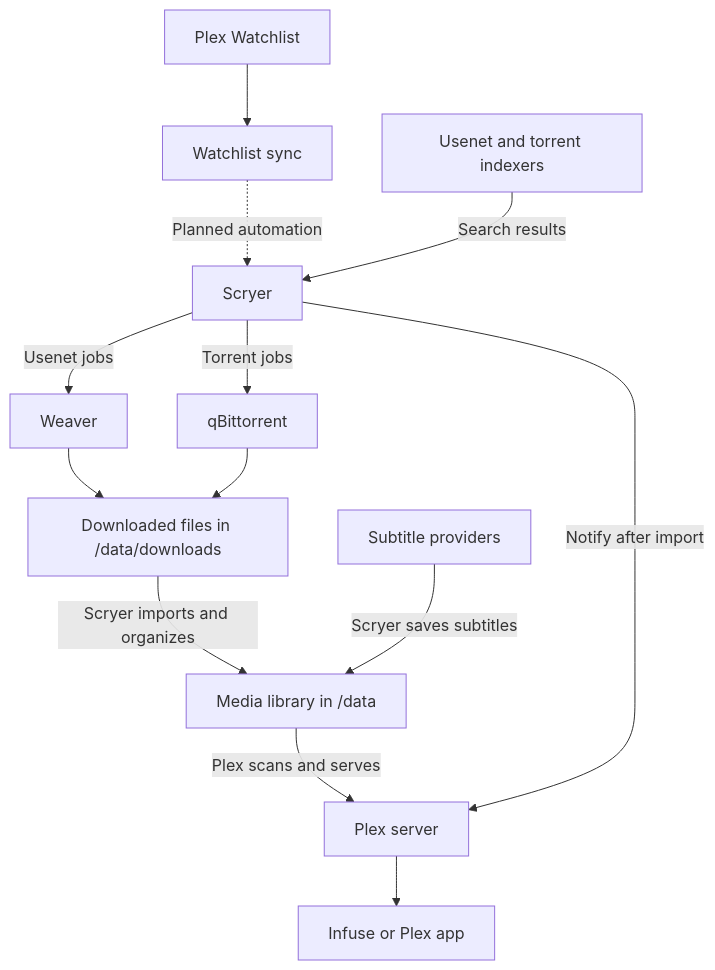
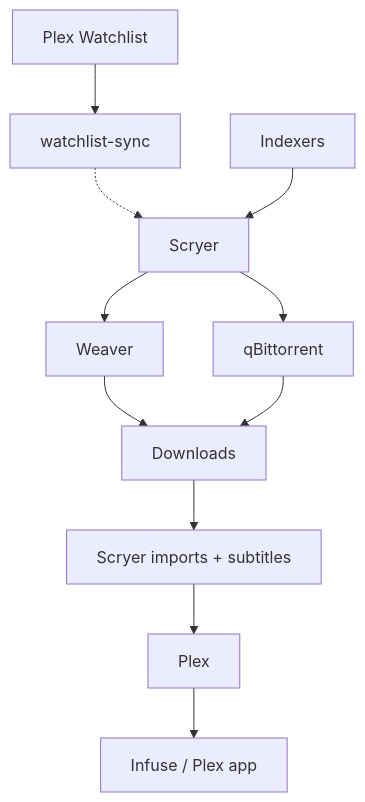
The diagram in machines/homelab/docker/media/README.md (mohdfareed/machine), drawn with Mermaid before and after one commit. The commit also changed other lines of this file and 22 other files, not shown here.

````diff
--- a/machines/homelab/docker/media/README.md
+++ b/machines/homelab/docker/media/README.md
@@ -13,15 +6,13 @@
 ```mermaid
 flowchart TD
-    Watchlist["Plex Watchlist"] --> Sync["Watchlist sync"]
-    Sync -.->|Planned automation|Scryer["Scryer"]
-    Indexers["Usenet and torrent indexers"] -->|Search results|Scryer
-    Scryer -->|Usenet jobs|Weaver["Weaver"]
-    Scryer -->|Torrent jobs|qBittorrent["qBittorrent"]
-    Weaver --> Downloads["Downloaded files in /data/downloads"]
+    Watchlist["Plex Watchlist"] --> Sync["watchlist-sync"]
+    Sync -.-> Scryer
+    Indexers --> Scryer
+    Scryer --> Weaver
+    Scryer --> qBittorrent
+    Weaver --> Downloads["Downloads"]
     qBittorrent --> Downloads
-    Downloads -->|Scryer imports and organizes|Library["Media library in /data"]
-    Subtitles["Subtitle providers"] -->|Scryer saves subtitles|Library
-    Library -->|Plex scans and serves|Plex["Plex server"]
-    Scryer -->|Notify after import|Plex
-    Plex --> Player["Infuse or Plex app"]
+    Downloads --> Import["Scryer imports + subtitles"]
+    Import --> Plex
+    Plex --> Infuse["Infuse / Plex app"]
 ```
````
